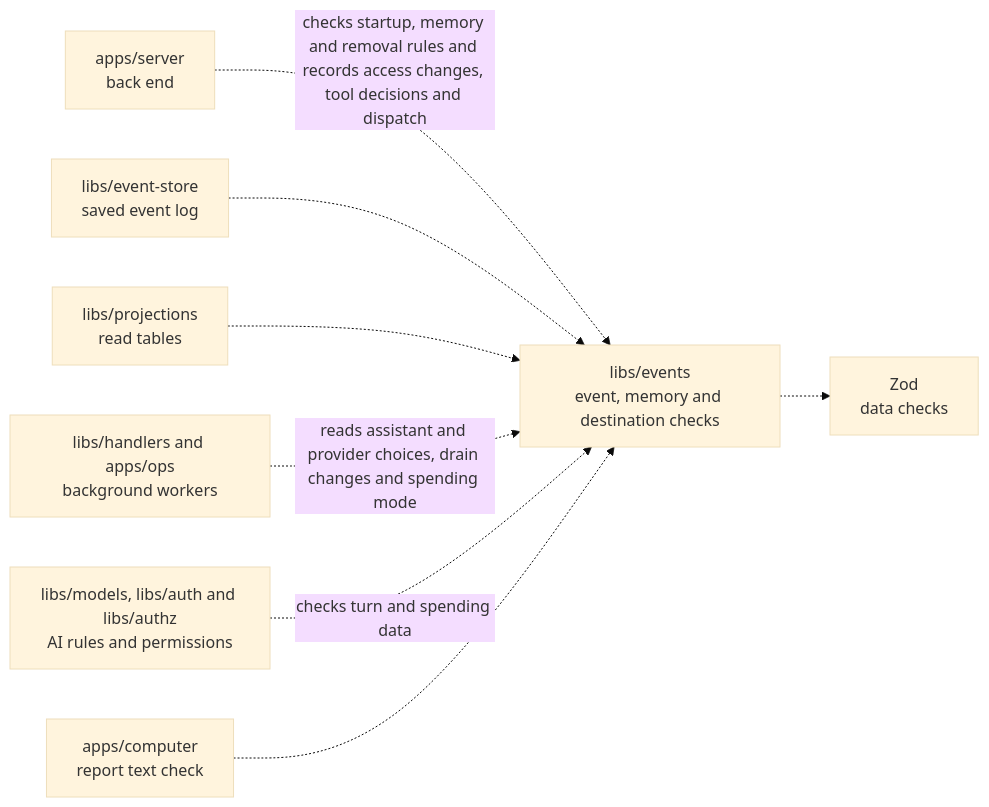
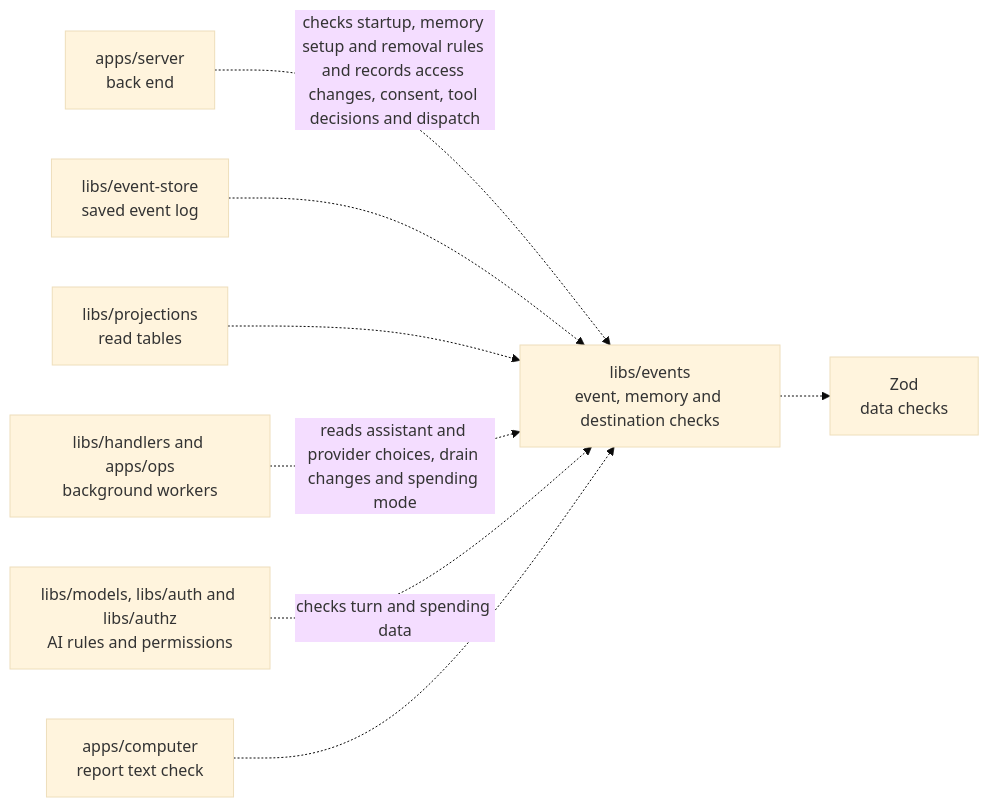
The diagram in libs/events/README.md (elewa-git/opencrane-new), drawn with Mermaid (base theme) before and after one commit. The commit also changed other lines of this file and 19 other files, not shown here.

````diff
--- a/libs/events/README.md
+++ b/libs/events/README.md
@@ -23,10 +23,10 @@
 ```mermaid
 flowchart LR
-  server["apps/server<br/>back end"] -.->|checks startup, memory and removal rules and records access changes, tool decisions and dispatch| events["libs/events<br/>event, memory and destination checks"]
+  server["apps/server<br/>back end"] -.->|checks startup, memory setup and removal rules and records access changes, consent, tool decisions and dispatch| events["libs/events<br/>event, memory and destination checks"]
   store["libs/event-store<br/>saved event log"] -.-> events
   projections["libs/projections<br/>read tables"] -.-> events
   workers["libs/handlers and apps/ops<br/>background workers"] -.->|reads assistant and provider choices, drain changes and spending mode| events
   others["libs/models, libs/auth and libs/authz<br/>AI rules and permissions"] -.->|checks turn and spending data| events
   computer["apps/computer<br/>report text check"] -.-> events
   events -.-> zod["Zod<br/>data checks"]
 ```
````
